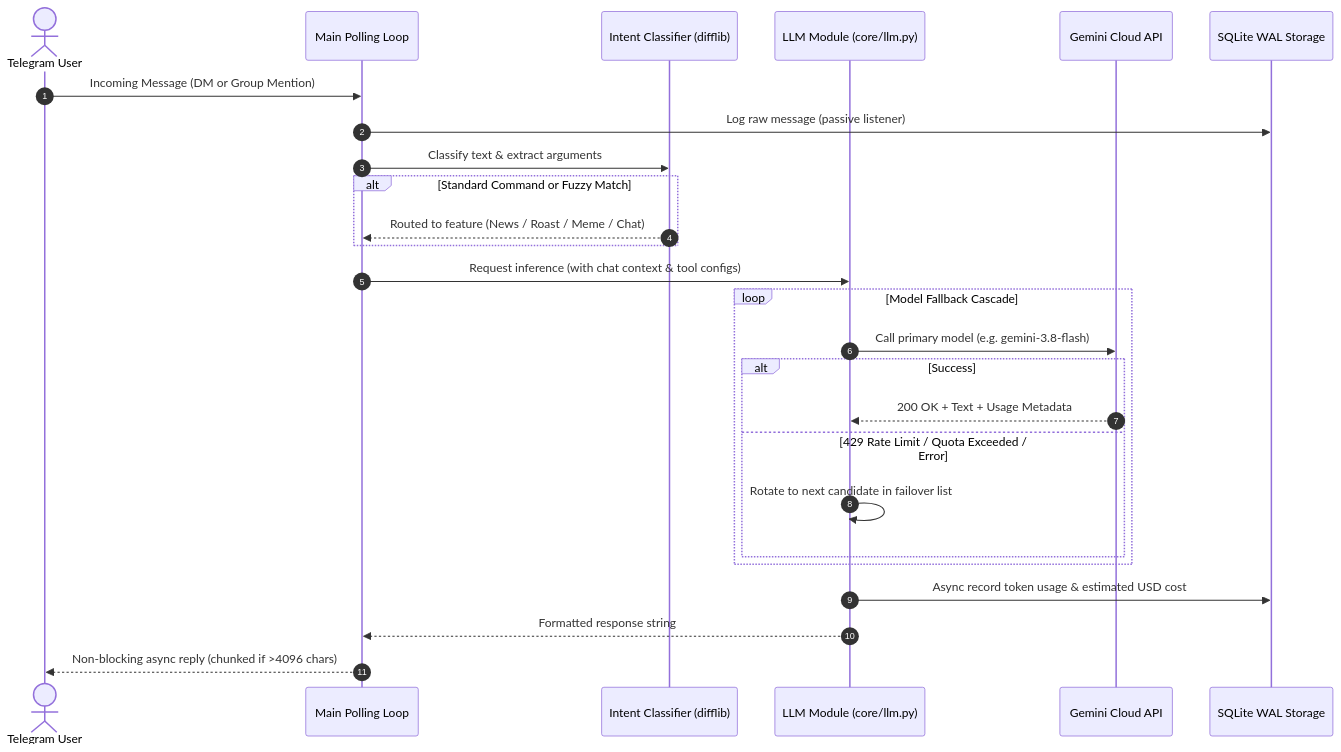
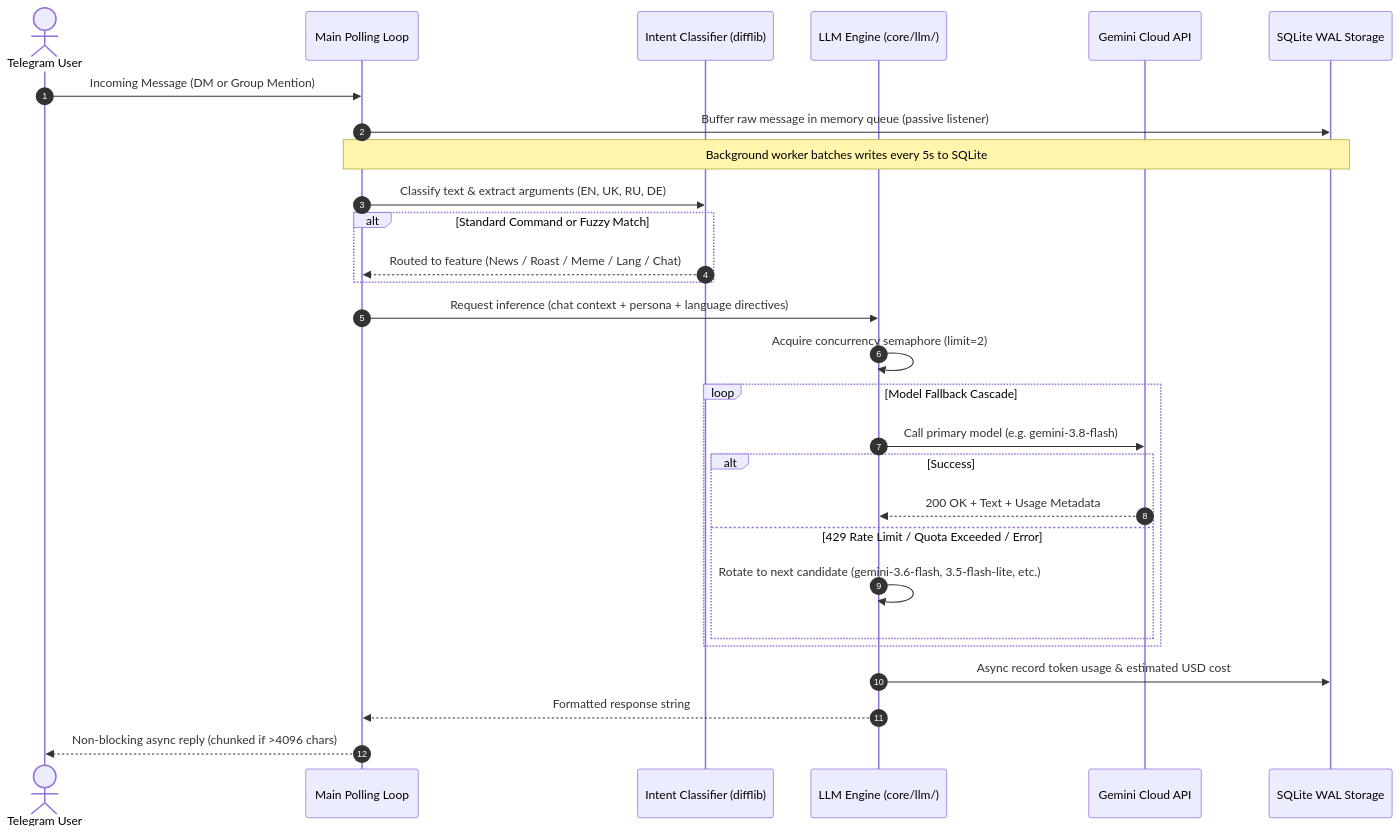
The second of 2 diagrams in README.md (TheLogDuck/pi-telegram-chat-bot), drawn with Mermaid before and after one commit. The commit also changed other lines of this file, not shown here.

Commit message:
docs: update README with 212 tests, multilingual support, and concurrency controls

````diff
--- a/README.md
+++ b/README.md
@@ -77,33 +78,35 @@
 ```mermaid
 sequenceDiagram
     autonumber
     actor User as Telegram User
     participant Bot as Main Polling Loop
     participant Intent as Intent Classifier (difflib)
-    participant Core as LLM Module (core/llm.py)
+    participant Core as LLM Engine (core/llm/)
     participant API as Gemini Cloud API
     participant DB as SQLite WAL Storage
 
     User->>Bot: Incoming Message (DM or Group Mention)
-    Bot->>DB: Log raw message (passive listener)
-    Bot->>Intent: Classify text & extract arguments
+    Bot->>DB: Buffer raw message in memory queue (passive listener)
+    Note over Bot,DB: Background worker batches writes every 5s to SQLite
+    Bot->>Intent: Classify text & extract arguments (EN, UK, RU, DE)
     
     alt Standard Command or Fuzzy Match
-        Intent-->>Bot: Routed to feature (News / Roast / Meme / Chat)
+        Intent-->>Bot: Routed to feature (News / Roast / Meme / Lang / Chat)
     end
 
-    Bot->>Core: Request inference (with chat context & tool configs)
+    Bot->>Core: Request inference (chat context + persona + language directives)
+    Core->>Core: Acquire concurrency semaphore (limit=2)
     
     loop Model Fallback Cascade
         Core->>API: Call primary model (e.g. gemini-3.8-flash)
         alt Success
             API-->>Core: 200 OK + Text + Usage Metadata
         else 429 Rate Limit / Quota Exceeded / Error
-            Core->>Core: Rotate to next candidate in failover list
+            Core->>Core: Rotate to next candidate (gemini-3.6-flash, 3.5-flash-lite, etc.)
         end
     end
 
     Core->>DB: Async record token usage & estimated USD cost
     Core-->>Bot: Formatted response string
     Bot-->>User: Non-blocking async reply (chunked if >4096 chars)
 ```
````
